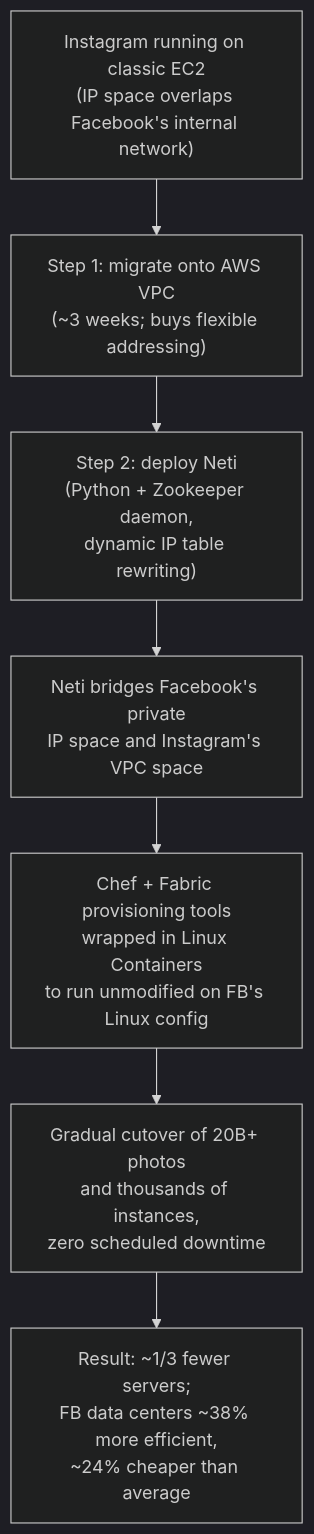
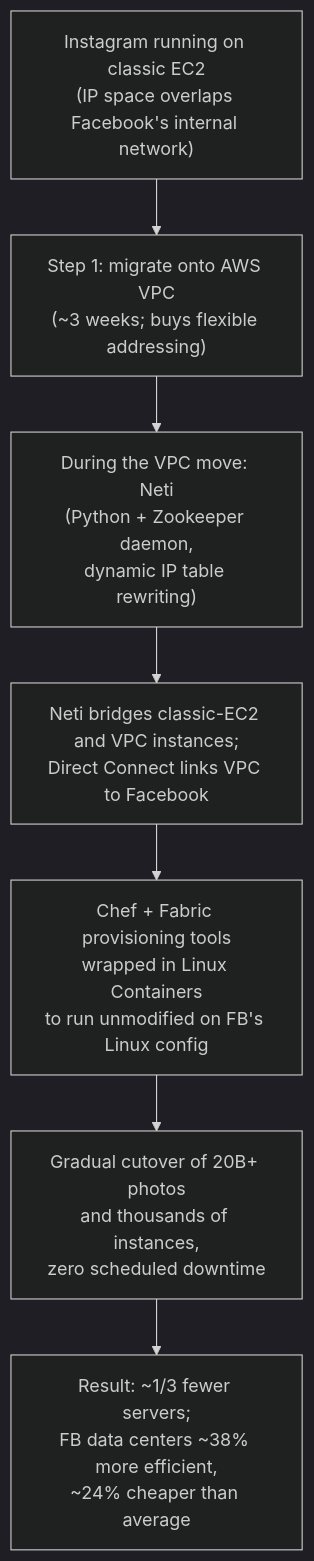
One commit to alwin-verus/big-tech-system-design changed the eighth of 8 diagrams in companies/instagram.md. Above: the diagram before and after it, drawn with Mermaid (dark theme). The commit also changed other lines of this file and 56 other files, not shown here.

````diff
--- a/companies/instagram.md
+++ b/companies/instagram.md
@@ -651,9 +754,9 @@
 ```mermaid
 flowchart TD
   A["Instagram running on classic EC2<br/>(IP space overlaps Facebook's internal network)"] --> B["Step 1: migrate onto AWS VPC<br/>(~3 weeks; buys flexible addressing)"]
-  B --> C["Step 2: deploy Neti<br/>(Python + Zookeeper daemon,<br/>dynamic IP table rewriting)"]
-  C --> D["Neti bridges Facebook's private<br/>IP space and Instagram's VPC space"]
+  B --> C["During the VPC move: Neti<br/>(Python + Zookeeper daemon,<br/>dynamic IP table rewriting)"]
+  C --> D["Neti bridges classic-EC2 and VPC instances;<br/>Direct Connect links VPC to Facebook"]
   D --> E["Chef + Fabric provisioning tools<br/>wrapped in Linux Containers<br/>to run unmodified on FB's Linux config"]
   E --> F["Gradual cutover of 20B+ photos<br/>and thousands of instances,<br/>zero scheduled downtime"]
   F --> G["Result: ~1/3 fewer servers;<br/>FB data centers ~38% more efficient,<br/>~24% cheaper than average"]
 ```
````
